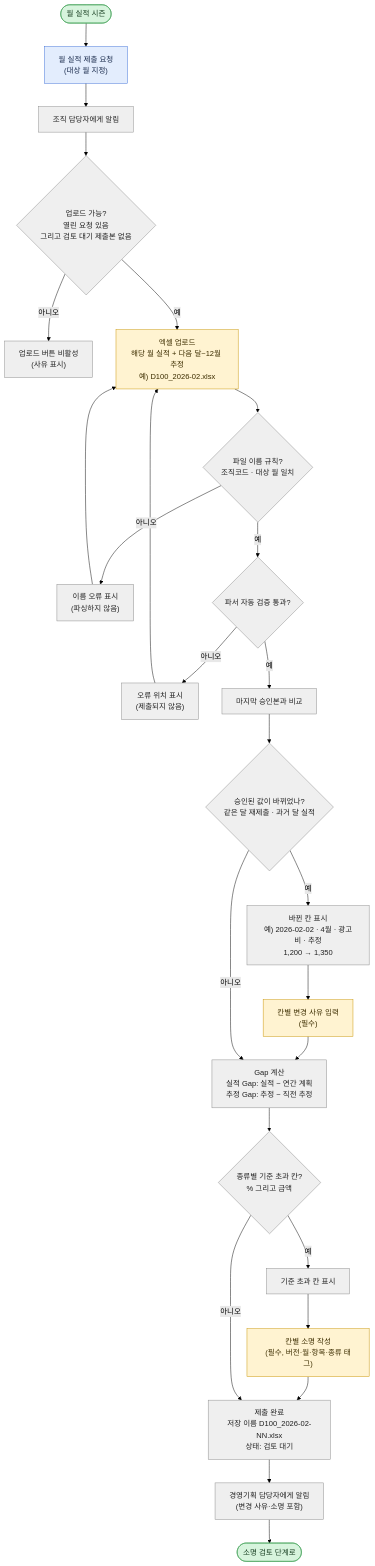
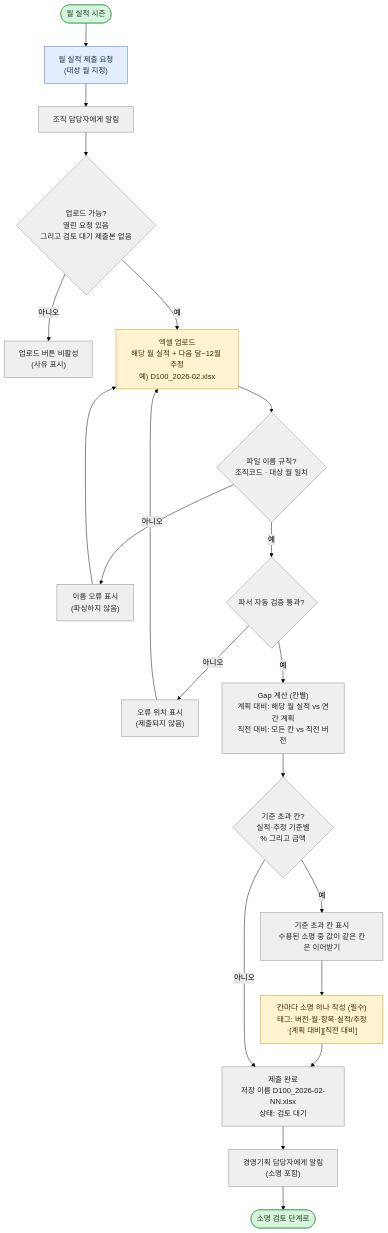
Before and after one commit to shinharyeong/skala_final_project: the third of 8 diagrams in docs/flow.md, drawn with Mermaid (forest theme). The commit also changed other lines of this file and 1 other file, not shown here.

Commit message:
docs(docs): 변경 사유를 Gap 소명으로 통합
- 모든 칸을 직전 버전과 비교하고, 해당 월 실적은 연간 계획과도 비교
- 기준 초과 칸마다 소명 하나, 값이 같으면 수용된 소명 이어받기
- 연간 계획은 Gap·소명 대상 아님

````diff
--- a/docs/flow.md
+++ b/docs/flow.md
@@ -66,47 +66,40 @@
 ```mermaid
 flowchart TD
     A(["월 실적 시즌"])
     B["월 실적 제출 요청<br/>(대상 월 지정)"]
     C["조직 담당자에게 알림"]
     D{"업로드 가능?<br/>열린 요청 있음<br/>그리고 검토 대기 제출본 없음"}
     D1["업로드 버튼 비활성<br/>(사유 표시)"]
     E["엑셀 업로드<br/>해당 월 실적 + 다음 달~12월 추정<br/>예) D100_2026-02.xlsx"]
     FN{"파일 이름 규칙?<br/>조직코드 · 대상 월 일치"}
     FN1["이름 오류 표시<br/>(파싱하지 않음)"]
     F{"파서 자동 검증 통과?"}
     F1["오류 위치 표시<br/>(제출되지 않음)"]
-    G["마지막 승인본과 비교"]
-    H{"승인된 값이 바뀌었나?<br/>같은 달 재제출 · 과거 달 실적"}
-    I["바뀐 칸 표시<br/>예) 2026-02-02 · 4월 · 광고비 · 추정<br/>1,200 → 1,350"]
-    J["칸별 변경 사유 입력<br/>(필수)"]
-    GP["Gap 계산<br/>실적 Gap: 실적 − 연간 계획<br/>추정 Gap: 추정 − 직전 추정"]
-    X{"종류별 기준 초과 칸?<br/>% 그리고 금액"}
-    Y["기준 초과 칸 표시"]
-    Z["칸별 소명 작성<br/>(필수, 버전·월·항목·종류 태그)"]
+    GP["Gap 계산 (칸별)<br/>계획 대비: 해당 월 실적 vs 연간 계획<br/>직전 대비: 모든 칸 vs 직전 버전"]
+    X{"기준 초과 칸?<br/>실적·추정 기준별<br/>% 그리고 금액"}
+    Y["기준 초과 칸 표시<br/>수용된 소명 중 값이 같은 칸은 이어받기"]
+    Z["칸마다 소명 하나 작성 (필수)<br/>태그: 버전·월·항목·실적/추정·[계획 대비][직전 대비]"]
     K["제출 완료<br/>저장 이름 D100_2026-02-NN.xlsx<br/>상태: 검토 대기"]
-    L["경영기획 담당자에게 알림<br/>(변경 사유·소명 포함)"]
+    L["경영기획 담당자에게 알림<br/>(소명 포함)"]
     M(["소명 검토 단계로"])
 
     A --> B --> C --> D
     D -->|아니오| D1
     D -->|예| E --> FN
     FN -->|아니오| FN1 --> E
     FN -->|예| F
     F -->|아니오| F1 --> E
-    F -->|예| G --> H
-    H -->|예| I --> J --> GP
-    H -->|아니오| GP
-    GP --> X
+    F -->|예| GP --> X
     X -->|예| Y --> Z --> K
     X -->|아니오| K
     K --> L --> M
 
     classDef planner fill:#E3EDFD,stroke:#3B6FD8,color:#1A2B4C
     classDef org fill:#FFF3D1,stroke:#C99400,color:#3D2E00
     classDef system fill:#EFEFEF,stroke:#8A8A8A,color:#222
     classDef terminal fill:#D7F4DD,stroke:#3E9E55,color:#173D20
     class B planner
-    class E,J,Z org
-    class C,D,D1,FN,FN1,F,F1,G,H,I,GP,X,Y,K,L system
+    class E,Z org
+    class C,D,D1,FN,FN1,F,F1,GP,X,Y,K,L system
     class A,M terminal
 ```
````
